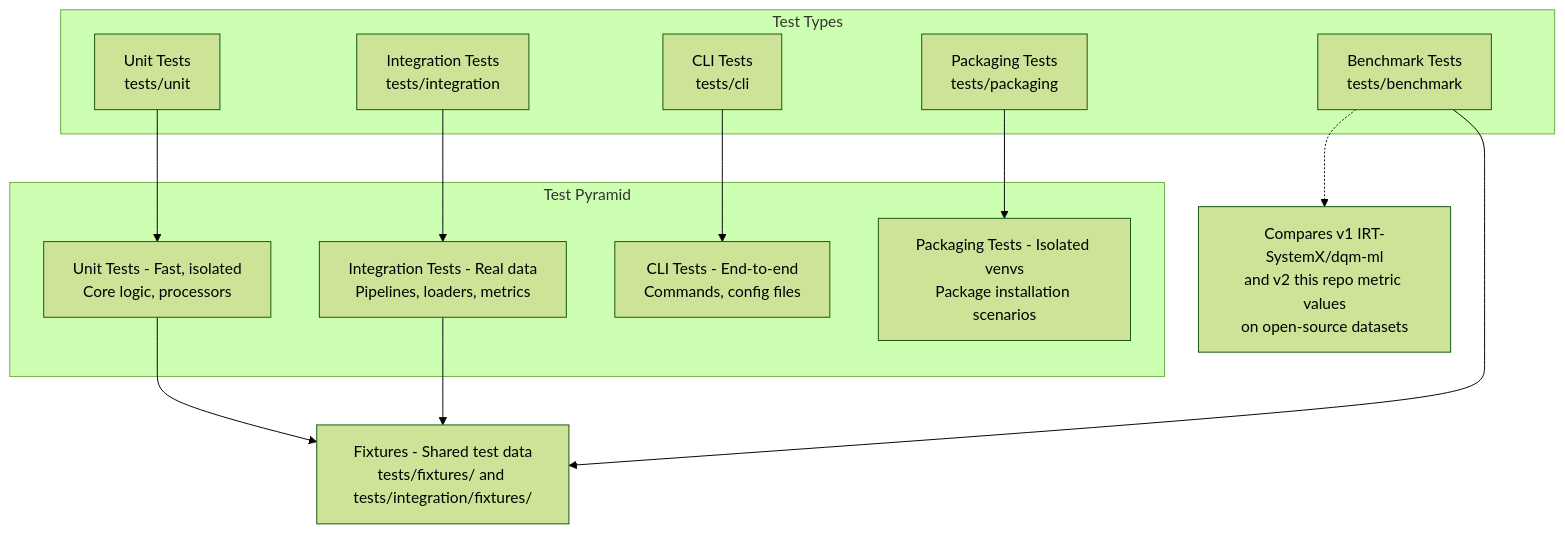
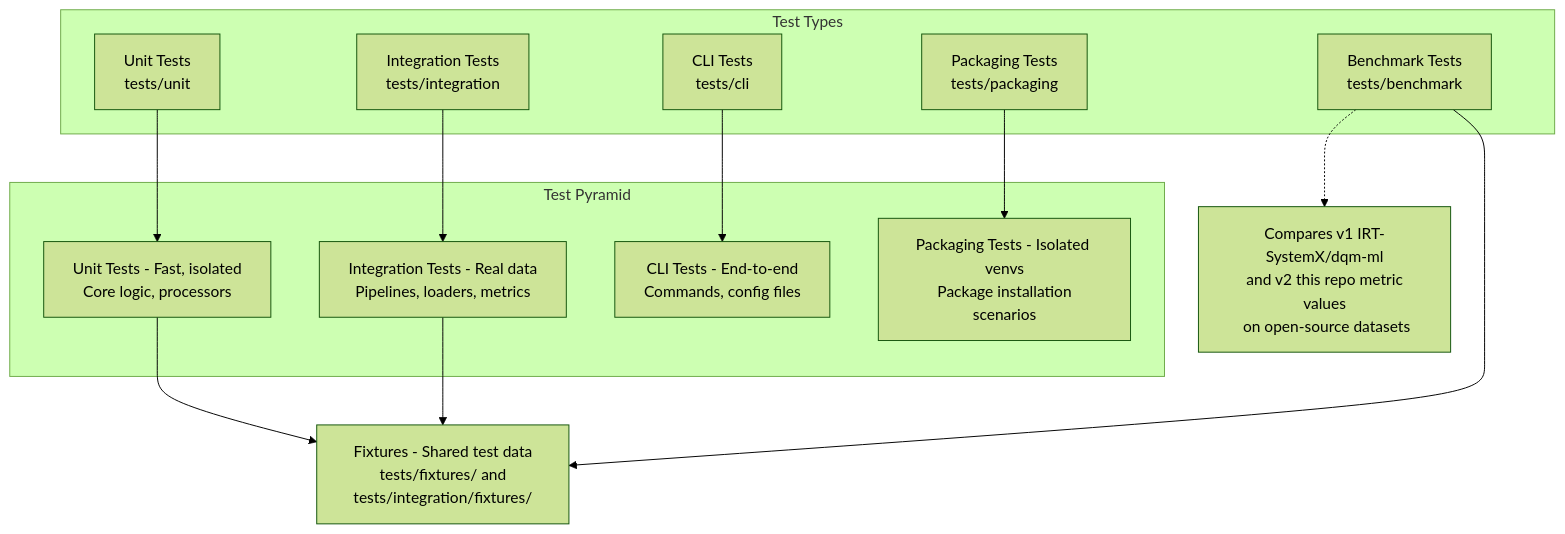
The diagram in docs/testing.md (Safenai/dqm-ml-workspace), drawn with Mermaid (forest theme) before and after one commit. The commit also changed 13 other files, not shown here.

````diff
--- a/docs/testing.md
+++ b/docs/testing.md
@@ -7,31 +7,31 @@
 ```mermaid
 flowchart TB
 
     subgraph "Test Types"
   
-        U[Unit Tests<br/>tests/unit]
-        I[Integration Tests<br/>tests/integration]
-        C[CLI Tests<br/>tests/cli]
-        P[Packaging Tests<br/>tests/packaging]
-        B[Benchmark Tests<br/>tests/benchmark]
+        U[Unit Tests\n tests/unit]
+        I[Integration Tests\n tests/integration]
+        C[CLI Tests\n tests/cli]
+        P[Packaging Tests\n tests/packaging]
+        B[Benchmark Tests\n tests/benchmark]
     end
     
     subgraph "Test Pyramid"
-        TP[Unit Tests - Fast, isolated<br/>Core logic, processors]
-        TI[Integration Tests - Real data<br/>Pipelines, loaders, metrics]
-        TC[CLI Tests - End-to-end<br/>Commands, config files]
-        PP[Packaging Tests - Isolated venvs<br/>Package installation scenarios]
+        TP[Unit Tests - Fast, isolated\n Core logic, processors]
+        TI[Integration Tests - Real data\n Pipelines, loaders, metrics]
+        TC[CLI Tests - End-to-end\n Commands, config files]
+        PP[Packaging Tests - Isolated venvs\n Package installation scenarios]
     end
     
     U --> TP
     I --> TI
     C --> TC
     P --> PP
 
-    F[Fixtures - Shared test data<br/>tests/fixtures/ and tests/integration/fixtures/]
+    F[Fixtures - Shared test data\n tests/fixtures/ and tests/integration/fixtures/]
     TP --> F
     TI --> F
     B --> F
 
-    B -.-> BN[Compares v1 IRT-SystemX/dqm-ml<br/>and v2 this repo metric values<br/>on open-source datasets]
+    B -.-> BN[Compares v1 IRT-SystemX/dqm-ml\n and v2 this repo metric values\n on open-source datasets]
 ```
````
